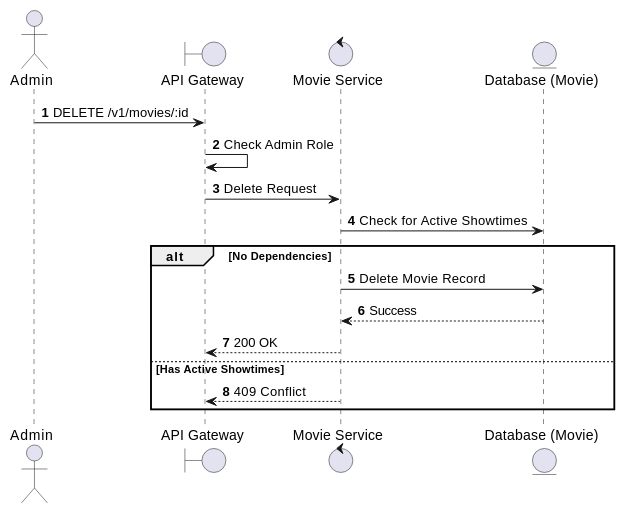
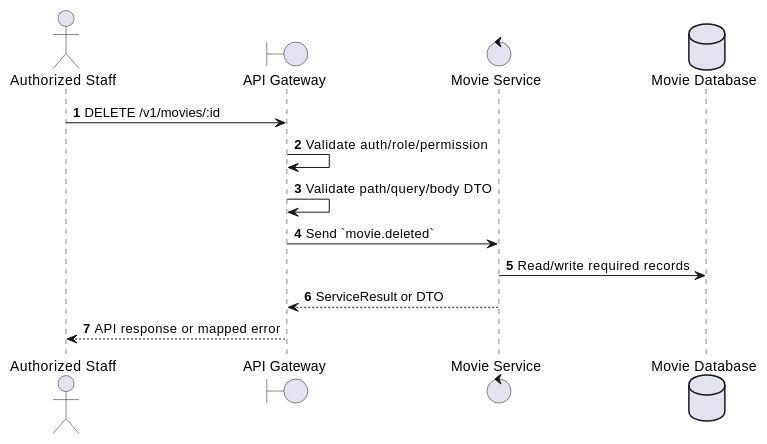
The first of 2 diagrams in docs/functional_specs/3.3.1_Movie_Catalog/MV-06_Delete_Movie.md (Tanh1603/movie-hub-architecture), drawn with PlantUML before and after one commit. The commit also changed other lines of this file and 126 other files, not shown here.

````diff
--- a/docs/functional_specs/3.3.1_Movie_Catalog/MV-06_Delete_Movie.md
+++ b/docs/functional_specs/3.3.1_Movie_Catalog/MV-06_Delete_Movie.md
@@ -17,21 +17,17 @@
 ```plantuml
 @startuml
 autonumber
-actor Admin
+actor "Authorized Staff" as Actor
 boundary "API Gateway" as GW
-control "Movie Service" as MS
-entity "Database (Movie)" as DB
+control "Movie Service" as SVC
+database "Movie Database" as DB
 
-Admin -> GW: DELETE /v1/movies/:id
-GW -> GW: Check Admin Role
-GW -> MS: Delete Request
-MS -> DB: Check for Active Showtimes
-alt No Dependencies
-    MS -> DB: Delete Movie Record
-    DB --> MS: Success
-    MS --> GW: 200 OK
-else Has Active Showtimes
-    MS --> GW: 409 Conflict
-end
+Actor -> GW: DELETE /v1/movies/:id
+GW -> GW: Validate auth/role/permission
+GW -> GW: Validate path/query/body DTO
+GW -> SVC: Send `movie.deleted`
+SVC -> DB: Read/write required records
+SVC --> GW: ServiceResult or DTO
+GW --> Actor: API response or mapped error
 @enduml
 ```
````
